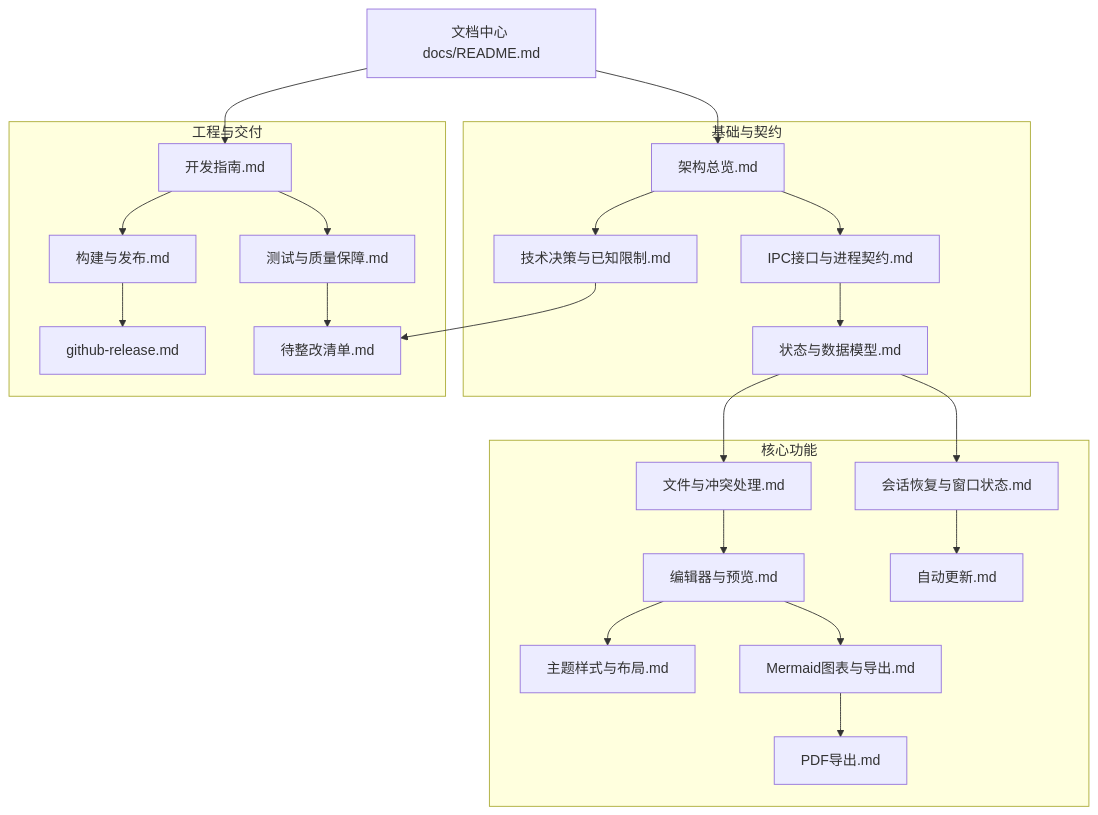
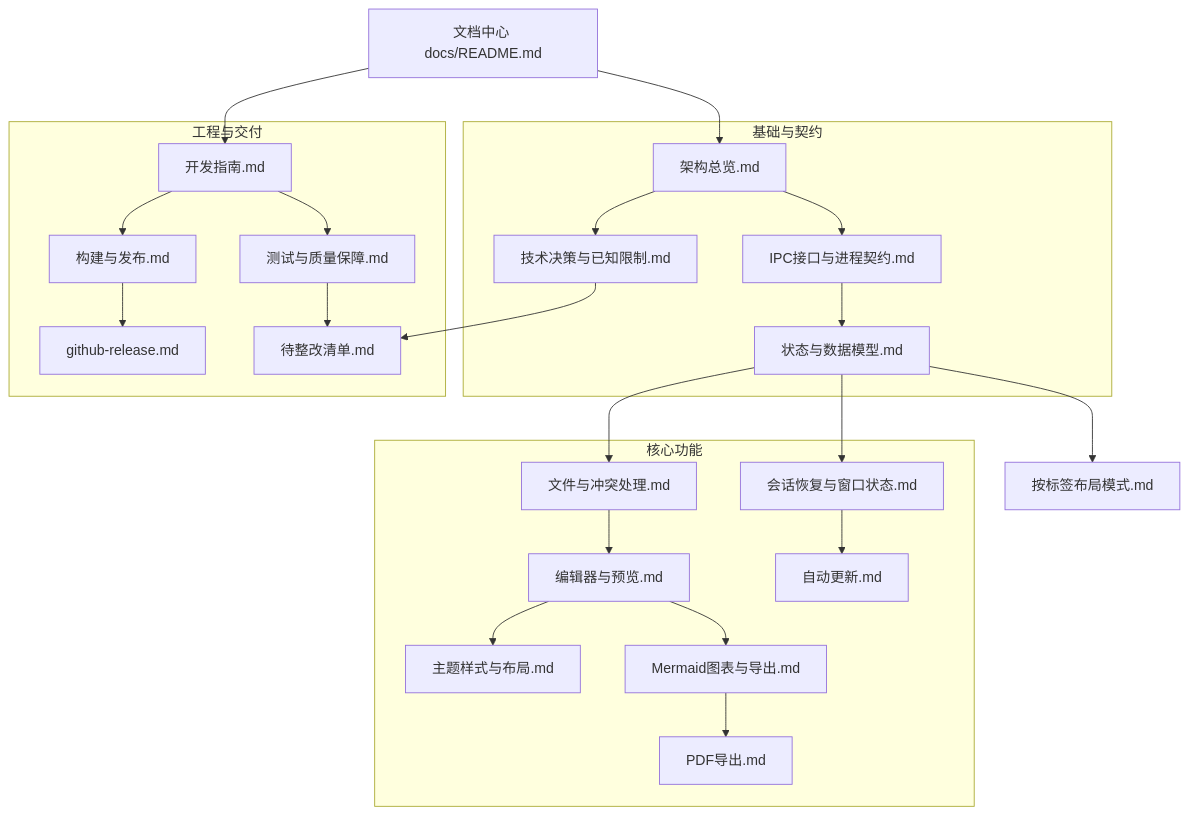
Before and after one commit to Harley-xk/mark-it: the diagram in docs/README.md, drawn with Mermaid. The commit also changed other lines of this file and 17 other files, not shown here.

````diff
--- a/docs/README.md
+++ b/docs/README.md
@@ -14,47 +14,48 @@
 ```mermaid
 flowchart TD
   IDX["文档中心 docs/README.md"]
 
   subgraph 基础与契约
     ARCH["架构总览.md"]
     DEC["技术决策与已知限制.md"]
     IPC["IPC接口与进程契约.md"]
     DATA["状态与数据模型.md"]
   end
 
   subgraph 核心功能
     FILE["文件与冲突处理.md"]
     SESSION["会话恢复与窗口状态.md"]
     EDIT["编辑器与预览.md"]
     THEME["主题样式与布局.md"]
     MERMAID["Mermaid图表与导出.md"]
     PDF["PDF导出.md"]
     UPDATE["自动更新.md"]
   end
 
   subgraph 工程与交付
     BUILD["构建与发布.md"]
     RELEASE["github-release.md"]
     DEV["开发指南.md"]
     QA["测试与质量保障.md"]
     TODO["待整改清单.md"]
   end
 
   IDX --> ARCH
   IDX --> DEV
   ARCH --> DEC
   ARCH --> IPC
   IPC --> DATA
   DATA --> FILE
   DATA --> SESSION
+  DATA --> LAYOUT["按标签布局模式.md"]
   FILE --> EDIT
   EDIT --> THEME
   EDIT --> MERMAID
   MERMAID --> PDF
   SESSION --> UPDATE
   DEV --> QA
   DEV --> BUILD
   BUILD --> RELEASE
   QA --> TODO
   DEC --> TODO
 ```
````
